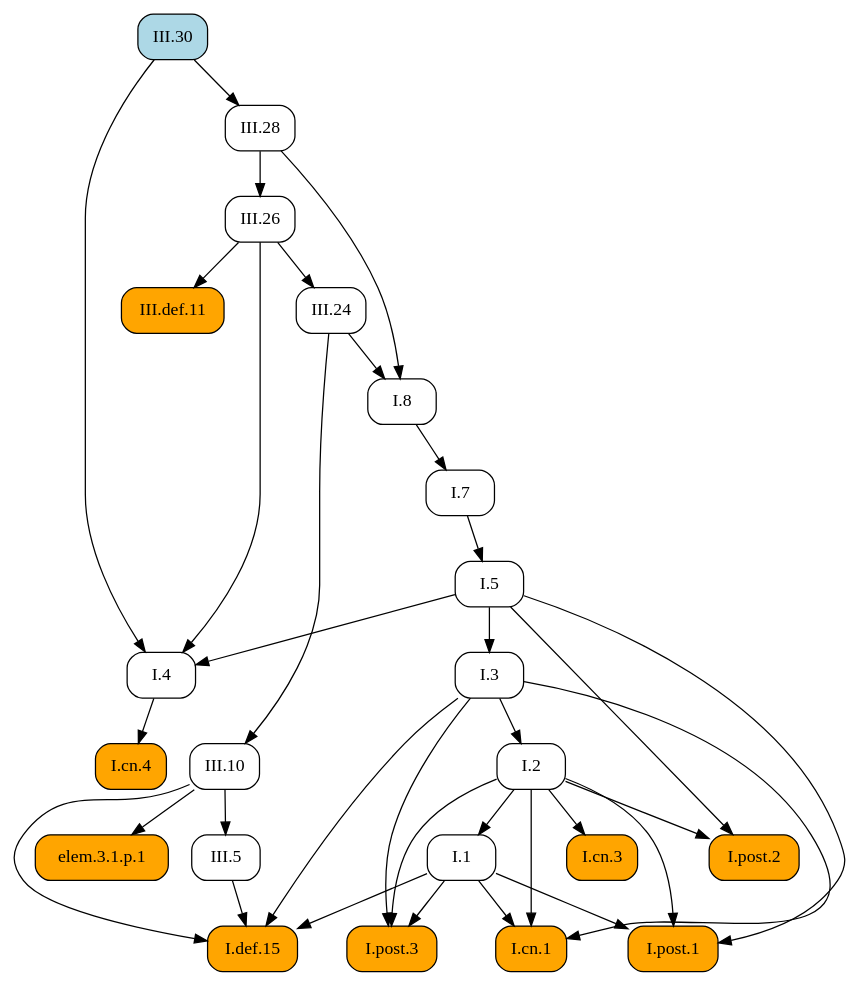
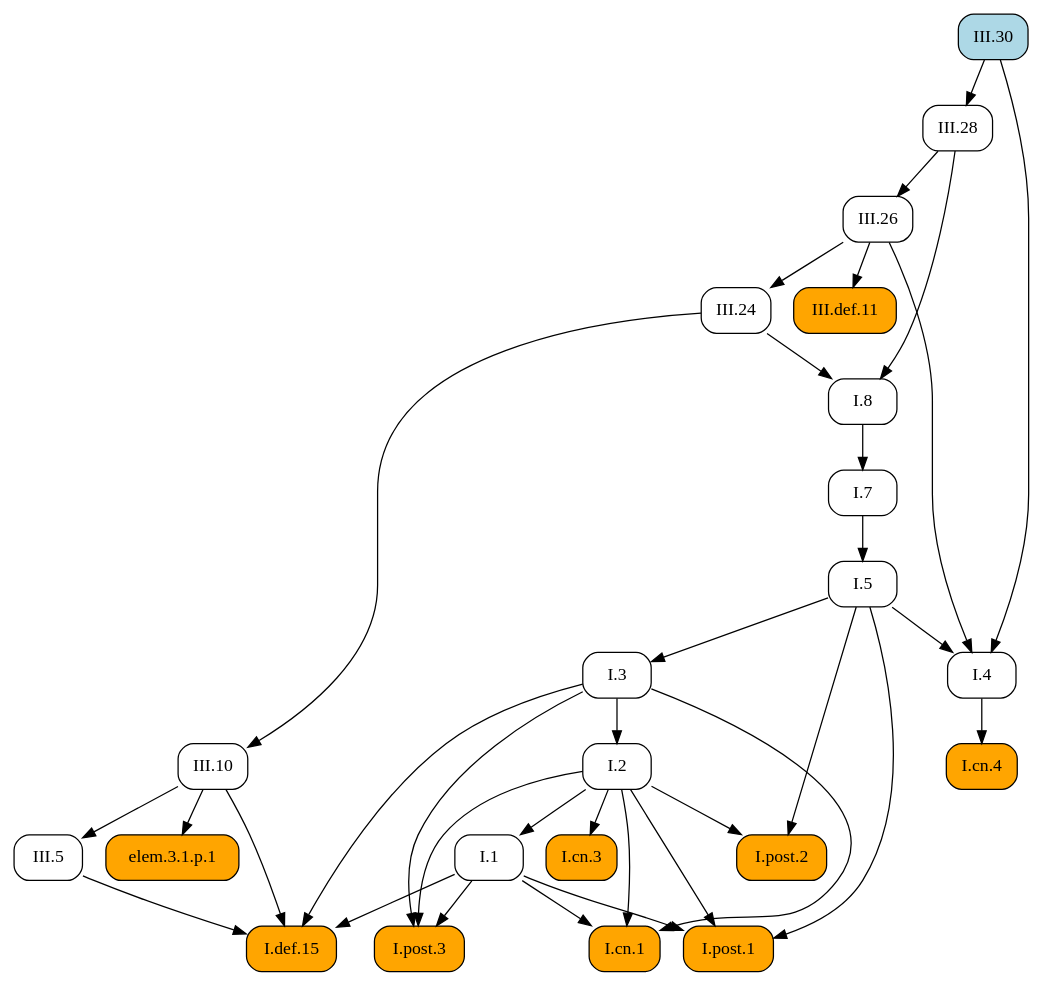
One commit to geometor/elements changed the diagram in docsrc/elements2/III/30/index.rst. Above: the diagram before and after it, drawn with Graphviz. The commit also changed other lines of this file and 171 other files, not shown here.

```diff
--- a/docsrc/elements2/III/30/index.rst
+++ b/docsrc/elements2/III/30/index.rst
@@ -56,62 +56,62 @@
 .. graphviz::
 
    digraph {
      rankdir="TB";
      node [shape=box, style=rounded];
-     "III.24" [URL="/elements2/III/24/", target="_top"];
-     "III.def.11" [style="rounded,filled", fillcolor=orange, URL="/elements2/III/def.11/", target="_top"];
-     "III.30" [style="rounded,filled", fillcolor=lightblue, URL="/elements2/III/30/", target="_top"];
      "I.8" [URL="/elements2/I/8/", target="_top"];
-     "I.2" [URL="/elements2/I/2/", target="_top"];
      "III.28" [URL="/elements2/III/28/", target="_top"];
+     "I.1" [URL="/elements2/I/1/", target="_top"];
      "I.cn.4" [style="rounded,filled", fillcolor=orange, URL="/elements2/I/cn.4/", target="_top"];
-     "I.def.15" [style="rounded,filled", fillcolor=orange, URL="/elements2/I/def.15/", target="_top"];
-     "I.post.3" [style="rounded,filled", fillcolor=orange, URL="/elements2/I/post.3/", target="_top"];
-     "III.10" [URL="/elements2/III/10/", target="_top"];
-     "I.1" [URL="/elements2/I/1/", target="_top"];
-     "I.post.2" [style="rounded,filled", fillcolor=orange, URL="/elements2/I/post.2/", target="_top"];
-     "elem.3.1.p.1" [style="rounded,filled", fillcolor=orange];
+     "I.cn.3" [style="rounded,filled", fillcolor=orange, URL="/elements2/I/cn.3/", target="_top"];
      "III.5" [URL="/elements2/III/5/", target="_top"];
-     "I.post.1" [style="rounded,filled", fillcolor=orange, URL="/elements2/I/post.1/", target="_top"];
      "I.7" [URL="/elements2/I/7/", target="_top"];
      "III.26" [URL="/elements2/III/26/", target="_top"];
+     "I.post.1" [style="rounded,filled", fillcolor=orange, URL="/elements2/I/post.1/", target="_top"];
+     "elem.3.1.p.1" [style="rounded,filled", fillcolor=orange];
+     "I.5" [URL="/elements2/I/5/", target="_top"];
      "I.cn.1" [style="rounded,filled", fillcolor=orange, URL="/elements2/I/cn.1/", target="_top"];
+     "I.2" [URL="/elements2/I/2/", target="_top"];
+     "I.def.15" [style="rounded,filled", fillcolor=orange, URL="/elements2/I/def.15/", target="_top"];
+     "I.4" [URL="/elements2/I/4/", target="_top"];
+     "III.30" [style="rounded,filled", fillcolor=lightblue, URL="/elements2/III/30/", target="_top"];
+     "III.def.11" [style="rounded,filled", fillcolor=orange, URL="/elements2/III/def.11/", target="_top"];
+     "III.24" [URL="/elements2/III/24/", target="_top"];
+     "III.10" [URL="/elements2/III/10/", target="_top"];
      "I.3" [URL="/elements2/I/3/", target="_top"];
-     "I.cn.3" [style="rounded,filled", fillcolor=orange, URL="/elements2/I/cn.3/", target="_top"];
-     "I.5" [URL="/elements2/I/5/", target="_top"];
-     "I.4" [URL="/elements2/I/4/", target="_top"];
-     "III.26" -> "III.24";
-     "III.26" -> "III.def.11";
+     "I.post.2" [style="rounded,filled", fillcolor=orange, URL="/elements2/I/post.2/", target="_top"];
+     "I.post.3" [style="rounded,filled", fillcolor=orange, URL="/elements2/I/post.3/", target="_top"];
      "III.24" -> "I.8";
      "III.28" -> "I.8";
+     "III.30" -> "III.28";
+     "I.2" -> "I.1";
+     "I.4" -> "I.cn.4";
+     "I.2" -> "I.cn.3";
+     "III.10" -> "III.5";
+     "I.8" -> "I.7";
+     "III.28" -> "III.26";
+     "I.1" -> "I.post.1";
+     "I.2" -> "I.post.1";
+     "I.5" -> "I.post.1";
+     "III.10" -> "elem.3.1.p.1";
+     "I.7" -> "I.5";
+     "I.1" -> "I.cn.1";
+     "I.2" -> "I.cn.1";
+     "I.3" -> "I.cn.1";
      "I.3" -> "I.2";
-     "III.30" -> "III.28";
-     "I.4" -> "I.cn.4";
      "I.1" -> "I.def.15";
      "I.3" -> "I.def.15";
      "III.5" -> "I.def.15";
      "III.10" -> "I.def.15";
+     "I.5" -> "I.4";
+     "III.26" -> "I.4";
+     "III.30" -> "I.4";
+     "III.26" -> "III.def.11";
+     "III.26" -> "III.24";
+     "III.24" -> "III.10";
+     "I.5" -> "I.3";
+     "I.2" -> "I.post.2";
+     "I.5" -> "I.post.2";
      "I.1" -> "I.post.3";
      "I.2" -> "I.post.3";
      "I.3" -> "I.post.3";
-     "III.24" -> "III.10";
-     "I.2" -> "I.1";
-     "I.2" -> "I.post.2";
-     "I.5" -> "I.post.2";
-     "III.10" -> "elem.3.1.p.1";
-     "III.10" -> "III.5";
-     "I.1" -> "I.post.1";
-     "I.2" -> "I.post.1";
-     "I.5" -> "I.post.1";
-     "I.8" -> "I.7";
-     "III.28" -> "III.26";
-     "I.1" -> "I.cn.1";
-     "I.2" -> "I.cn.1";
-     "I.3" -> "I.cn.1";
-     "I.5" -> "I.3";
-     "I.2" -> "I.cn.3";
-     "I.7" -> "I.5";
-     "I.5" -> "I.4";
-     "III.26" -> "I.4";
-     "III.30" -> "I.4";
    }
```
